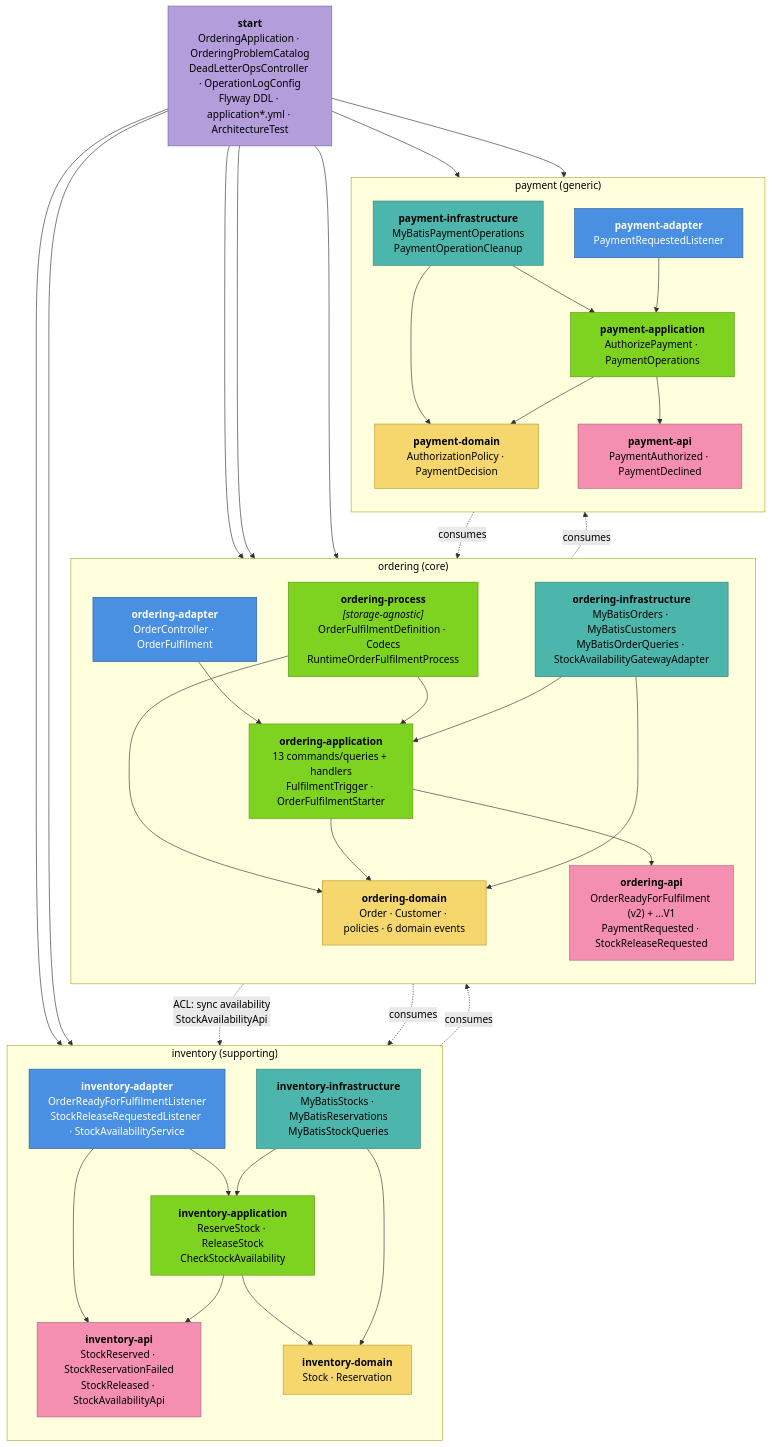
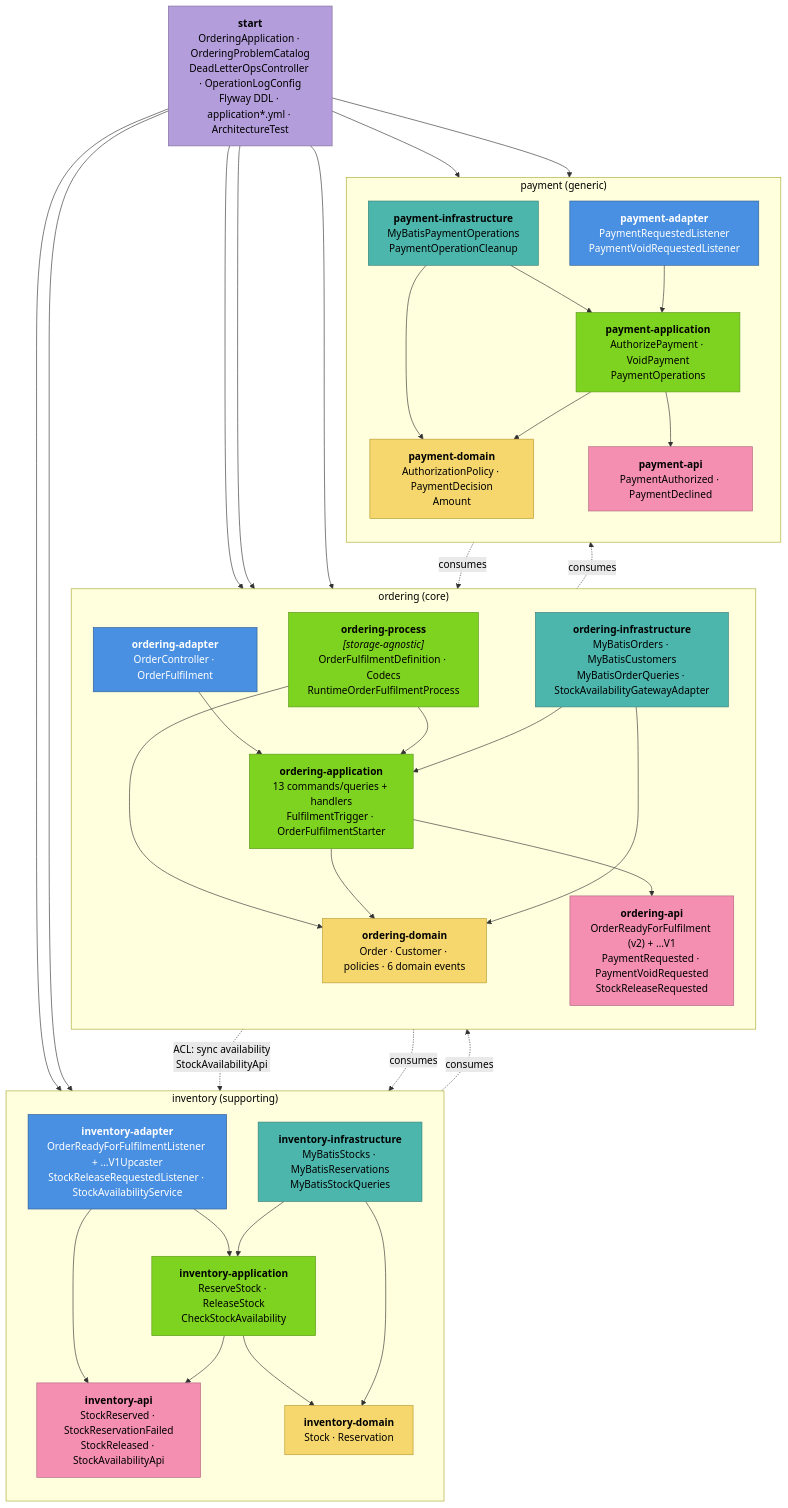
One commit to ryan-alexander-zhang/ai-native-project-template changed the third of 6 diagrams in aipersimmon-ddd-scaffold/multi-module/docs/c4.md. Above: the diagram before and after it, drawn with Mermaid. The commit also changed other lines of this file and 5 other files, not shown here.

````diff
--- a/aipersimmon-ddd-scaffold/multi-module/docs/c4.md
+++ b/aipersimmon-ddd-scaffold/multi-module/docs/c4.md
@@ -125,78 +125,78 @@
 ```mermaid
 flowchart TB
     subgraph ordering["ordering (core)"]
         direction TB
         oadapter["<b>ordering-adapter</b><br/>OrderController · OrderFulfilment"]
         oprocess["<b>ordering-process</b><br/><i>[storage-agnostic]</i><br/>OrderFulfilmentDefinition · Codecs<br/>RuntimeOrderFulfilmentProcess"]
         oapp["<b>ordering-application</b><br/>13 commands/queries + handlers<br/>FulfilmentTrigger · OrderFulfilmentStarter"]
         oinfra["<b>ordering-infrastructure</b><br/>MyBatisOrders · MyBatisCustomers<br/>MyBatisOrderQueries · StockAvailabilityGatewayAdapter"]
         odomain["<b>ordering-domain</b><br/>Order · Customer · policies · 6 domain events"]
-        oapi["<b>ordering-api</b><br/>OrderReadyForFulfilment (v2) + …V1<br/>PaymentRequested · StockReleaseRequested"]
+        oapi["<b>ordering-api</b><br/>OrderReadyForFulfilment (v2) + …V1<br/>PaymentRequested · PaymentVoidRequested<br/>StockReleaseRequested"]
     end
 
     subgraph inventory["inventory (supporting)"]
         direction TB
-        iadapter["<b>inventory-adapter</b><br/>OrderReadyForFulfilmentListener<br/>StockReleaseRequestedListener · StockAvailabilityService"]
+        iadapter["<b>inventory-adapter</b><br/>OrderReadyForFulfilmentListener + …V1Upcaster<br/>StockReleaseRequestedListener · StockAvailabilityService"]
         iapp["<b>inventory-application</b><br/>ReserveStock · ReleaseStock<br/>CheckStockAvailability"]
         iinfra["<b>inventory-infrastructure</b><br/>MyBatisStocks · MyBatisReservations<br/>MyBatisStockQueries"]
         idomain["<b>inventory-domain</b><br/>Stock · Reservation"]
         iapi["<b>inventory-api</b><br/>StockReserved · StockReservationFailed<br/>StockReleased · StockAvailabilityApi"]
     end
 
     subgraph payment["payment (generic)"]
         direction TB
-        padapter["<b>payment-adapter</b><br/>PaymentRequestedListener"]
-        papp["<b>payment-application</b><br/>AuthorizePayment · PaymentOperations"]
+        padapter["<b>payment-adapter</b><br/>PaymentRequestedListener<br/>PaymentVoidRequestedListener"]
+        papp["<b>payment-application</b><br/>AuthorizePayment · VoidPayment<br/>PaymentOperations"]
         pinfra["<b>payment-infrastructure</b><br/>MyBatisPaymentOperations<br/>PaymentOperationCleanup"]
-        pdomain["<b>payment-domain</b><br/>AuthorizationPolicy · PaymentDecision"]
+        pdomain["<b>payment-domain</b><br/>AuthorizationPolicy · PaymentDecision<br/>Amount"]
         papi["<b>payment-api</b><br/>PaymentAuthorized · PaymentDeclined"]
     end
 
     start["<b>start</b><br/>OrderingApplication · OrderingProblemCatalog<br/>DeadLetterOpsController · OperationLogConfig<br/>Flyway DDL · application*.yml · ArchitectureTest"]
 
     oadapter --> oapp
     oprocess --> oapp
     oprocess --> odomain
     oapp --> odomain
     oapp --> oapi
     oinfra --> odomain
     oinfra --> oapp
     iadapter --> iapp
     iadapter --> iapi
     iapp --> idomain
     iapp --> iapi
     iinfra --> idomain
     iinfra --> iapp
     padapter --> papp
     papp --> pdomain
     papp --> papi
     pinfra --> papp
     pinfra --> pdomain
 
     oinfra -.->|"ACL: sync availability<br/>StockAvailabilityApi"| iapi
     oadapter -.->|"consumes"| iapi
     oadapter -.->|"consumes"| papi
     iadapter -.->|"consumes"| oapi
     padapter -.->|"consumes"| oapi
 
     start --> oadapter
     start --> oprocess
     start --> oinfra
     start --> iadapter
     start --> iinfra
     start --> padapter
     start --> pinfra
 
     classDef domain fill:#f5d76e,stroke:#b8992f,color:#000
     classDef app fill:#7ed321,stroke:#5a9718,color:#000
     classDef infra fill:#4db6ac,stroke:#357f77,color:#000
     classDef adapter fill:#4a90e2,stroke:#2e5c93,color:#fff
     classDef api fill:#f48fb1,stroke:#b06580,color:#000
     classDef root fill:#b39ddb,stroke:#7d6d99,color:#000
     class odomain,idomain,pdomain domain
     class oapp,iapp,papp,oprocess app
     class oinfra,iinfra,pinfra infra
     class oadapter,iadapter,padapter adapter
     class oapi,iapi,papi api
     class start root
 ```
````
